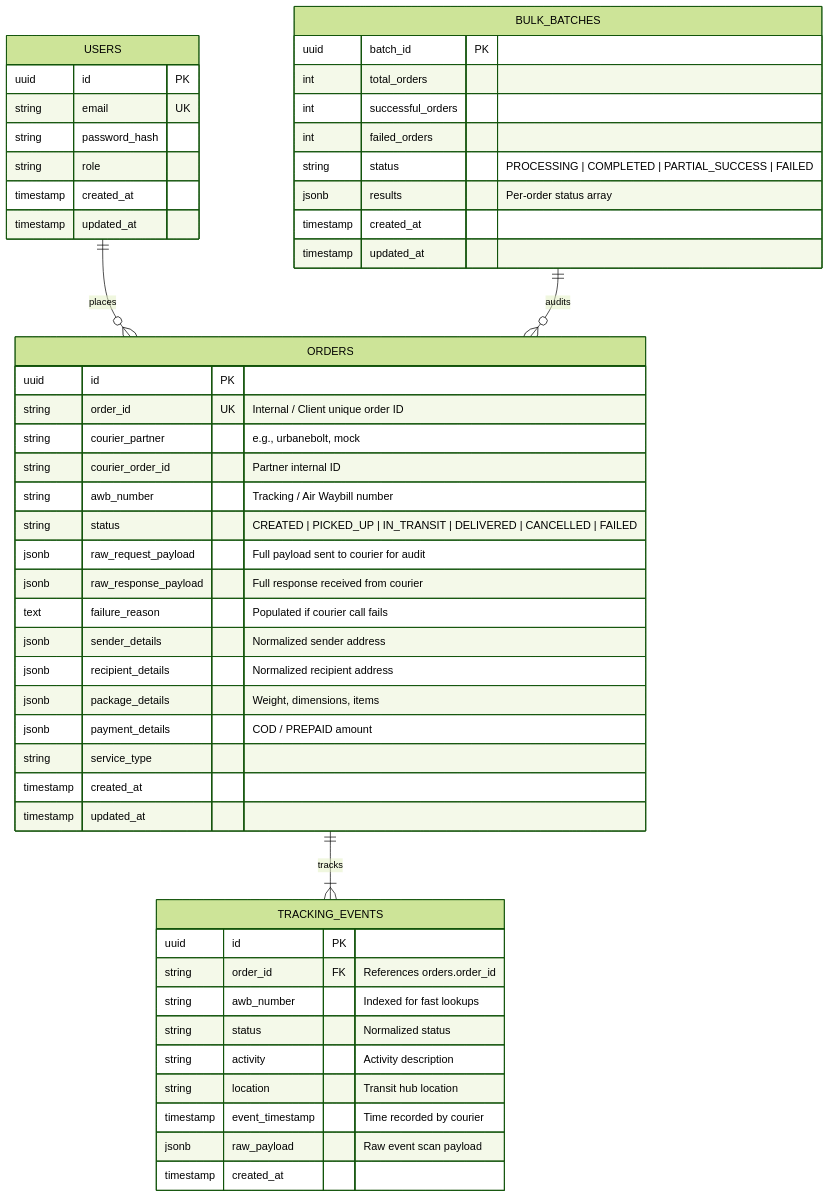
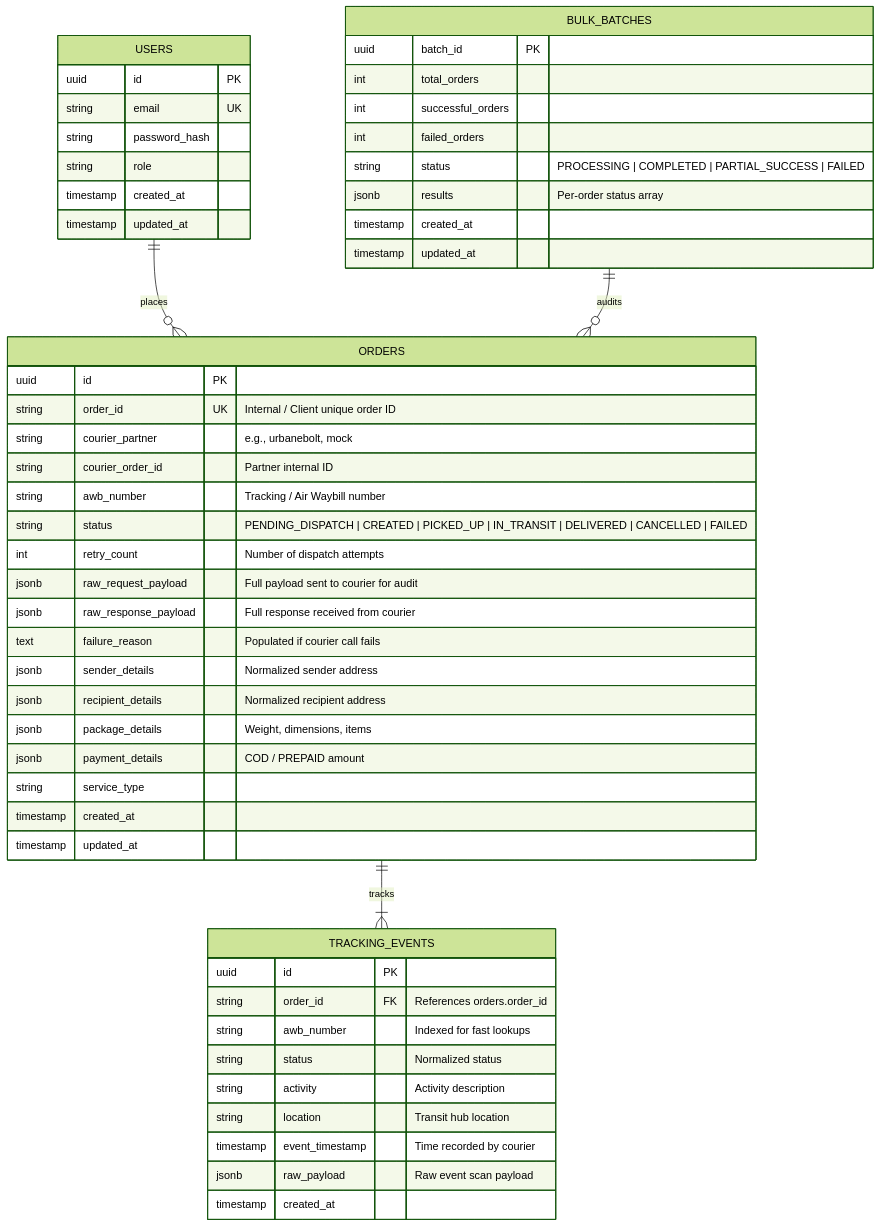
The diagram in DESIGN.md (Akash2141/multi-courier-integration-platform-backend), drawn with Mermaid (forest theme) before and after one commit. The commit also changed other lines of this file, not shown here.

````diff
--- a/DESIGN.md
+++ b/DESIGN.md
@@ -80,57 +105,58 @@
 ```mermaid
 erDiagram
     USERS ||--o{ ORDERS : places
     ORDERS ||--|{ TRACKING_EVENTS : tracks
     BULK_BATCHES ||--o{ ORDERS : audits
 
     USERS {
         uuid id PK
         string email UK
         string password_hash
         string role
         timestamp created_at
         timestamp updated_at
     }
 
     ORDERS {
         uuid id PK
         string order_id UK "Internal / Client unique order ID"
         string courier_partner "e.g., urbanebolt, mock"
         string courier_order_id "Partner internal ID"
         string awb_number "Tracking / Air Waybill number"
-        string status "CREATED | PICKED_UP | IN_TRANSIT | DELIVERED | CANCELLED | FAILED"
+        string status "PENDING_DISPATCH | CREATED | PICKED_UP | IN_TRANSIT | DELIVERED | CANCELLED | FAILED"
+        int retry_count "Number of dispatch attempts"
         jsonb raw_request_payload "Full payload sent to courier for audit"
         jsonb raw_response_payload "Full response received from courier"
         text failure_reason "Populated if courier call fails"
         jsonb sender_details "Normalized sender address"
         jsonb recipient_details "Normalized recipient address"
         jsonb package_details "Weight, dimensions, items"
         jsonb payment_details "COD / PREPAID amount"
         string service_type
         timestamp created_at
         timestamp updated_at
     }
 
     TRACKING_EVENTS {
         uuid id PK
         string order_id FK "References orders.order_id"
         string awb_number "Indexed for fast lookups"
         string status "Normalized status"
         string activity "Activity description"
         string location "Transit hub location"
         timestamp event_timestamp "Time recorded by courier"
         jsonb raw_payload "Raw event scan payload"
         timestamp created_at
     }
 
     BULK_BATCHES {
         uuid batch_id PK
         int total_orders
         int successful_orders
         int failed_orders
         string status "PROCESSING | COMPLETED | PARTIAL_SUCCESS | FAILED"
         jsonb results "Per-order status array"
         timestamp created_at
         timestamp updated_at
     }
 ```
````
